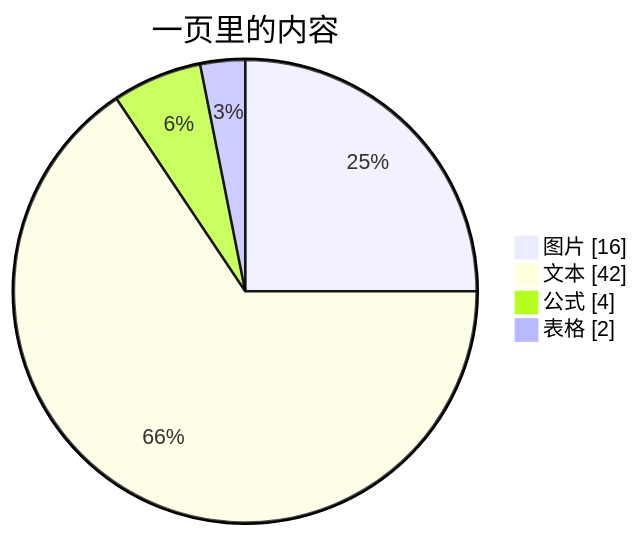
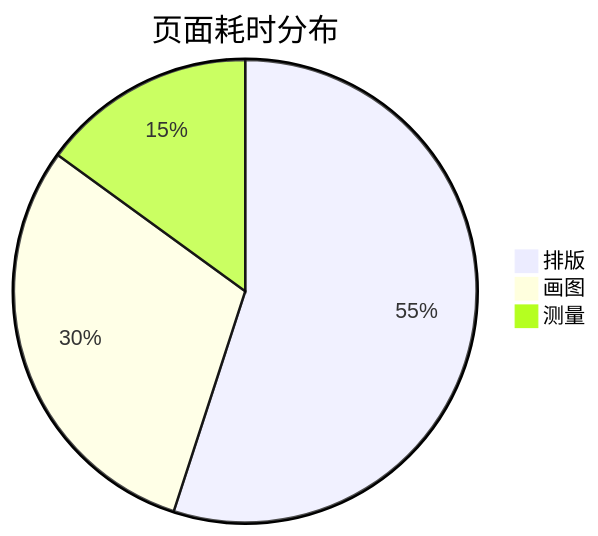
The fourth of 4 diagrams in examples/all-syntax.markdown (emacs-taf/etaf-md), drawn with Mermaid before and after one commit. The commit also changed other lines of this file and 2 other files, not shown here.

````diff
--- a/examples/all-syntax.markdown
+++ b/examples/all-syntax.markdown
@@ -1627,8 +468,6 @@
 ```mermaid
-pie showData
-  title 一页里的内容
-  "图片" : 16
-  "文本" : 42
-  "公式" : 4
-  "表格" : 2
+pie title 页面耗时分布
+  "排版" : 55
+  "画图" : 30
+  "测量" : 15
 ```
````
